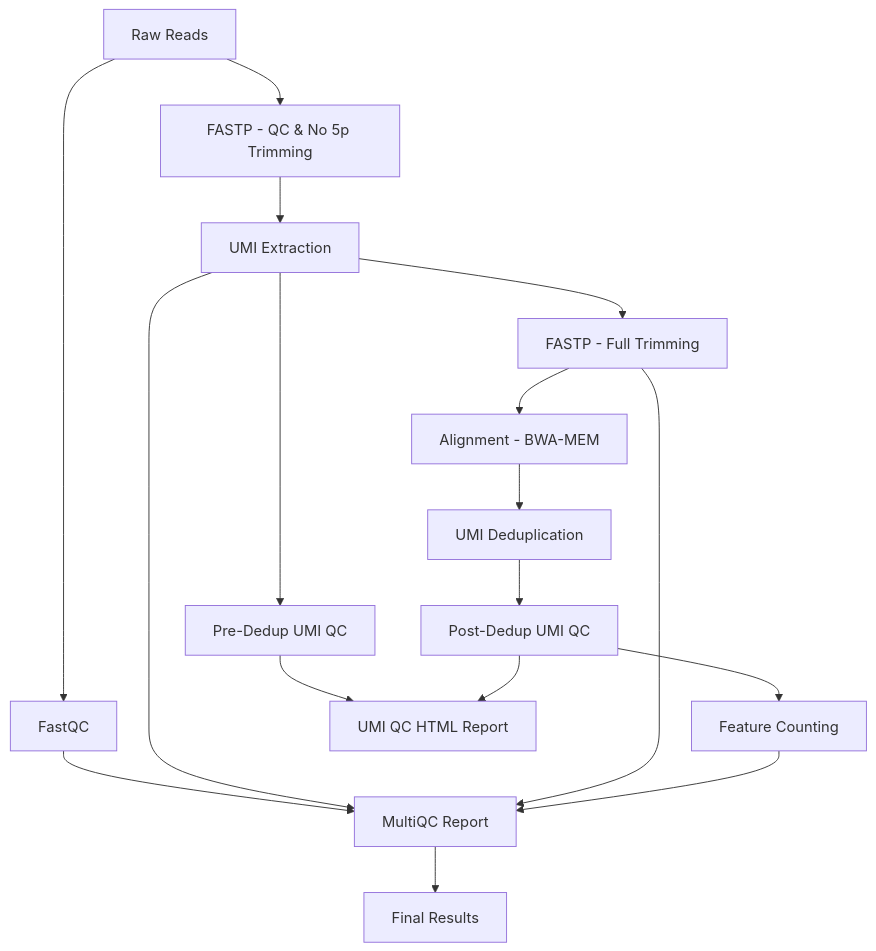
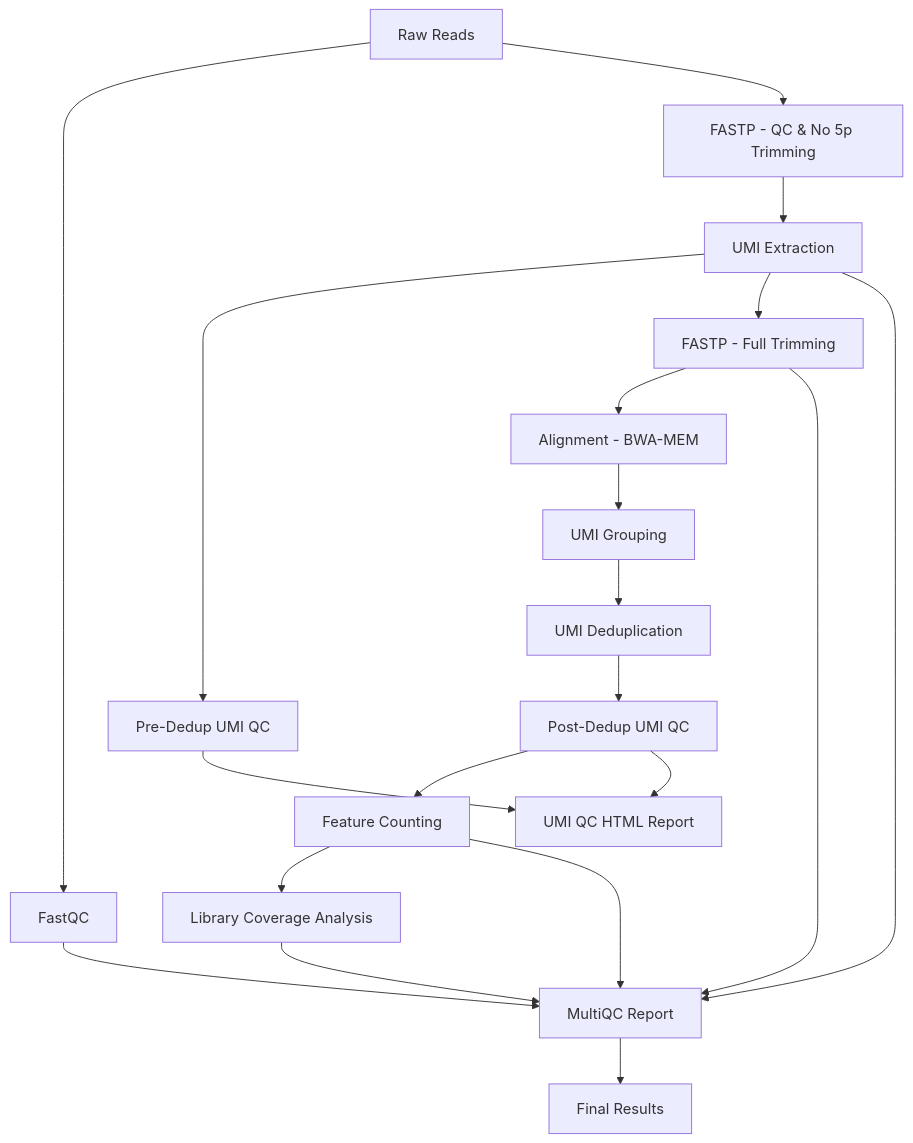
Before and after one commit to mgl0619/umi_amplicon: the diagram in README.md, drawn with Mermaid. The commit also changed other lines of this file, not shown here.

````diff
--- a/README.md
+++ b/README.md
@@ -163,19 +188,22 @@
 ```mermaid
 graph TD
     A[Raw Reads] --> B[FastQC]
     A --> C[FASTP - QC & No 5p Trimming]
     C --> D[UMI Extraction]
     D --> E[Pre-Dedup UMI QC]
     D --> F[FASTP - Full Trimming]
     F --> G[Alignment - BWA-MEM]
-    G --> H[UMI Deduplication]
-    H --> I[Post-Dedup UMI QC]
-    I --> J[Feature Counting]
-    E --> K[UMI QC HTML Report]
-    I --> K[UMI QC HTML Report]
-    B --> L[MultiQC Report]
-    D --> L[MultiQC Report]
-    F --> L[MultiQC Report]
-    J --> L[MultiQC Report]
-    L --> M[Final Results]
+    G --> H[UMI Grouping]
+    H --> I[UMI Deduplication]
+    I --> J[Post-Dedup UMI QC]
+    J --> K[Feature Counting]
+    K --> L[Library Coverage Analysis]
+    E --> M[UMI QC HTML Report]
+    J --> M[UMI QC HTML Report]
+    B --> N[MultiQC Report]
+    D --> N[MultiQC Report]
+    F --> N[MultiQC Report]
+    K --> N[MultiQC Report]
+    L --> N[MultiQC Report]
+    N --> O[Final Results]
 ```
````
